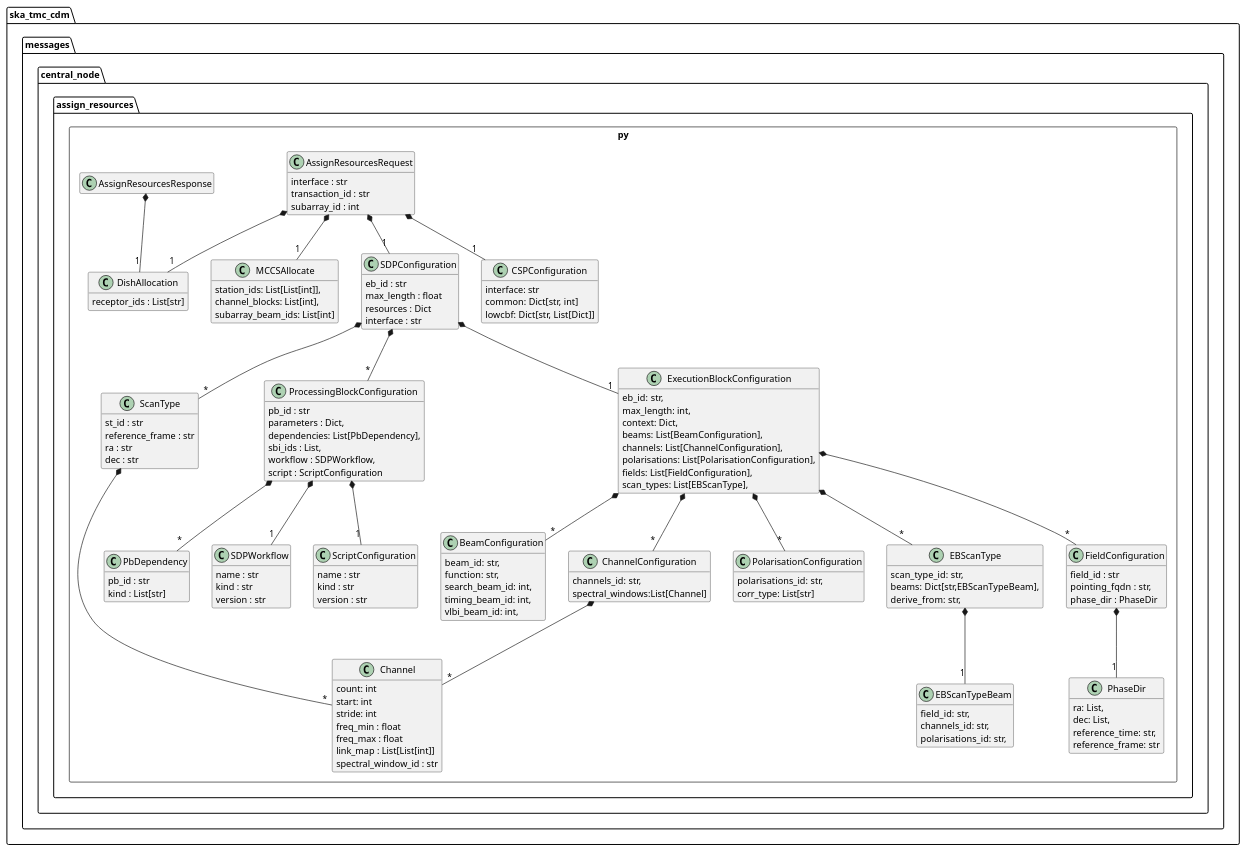
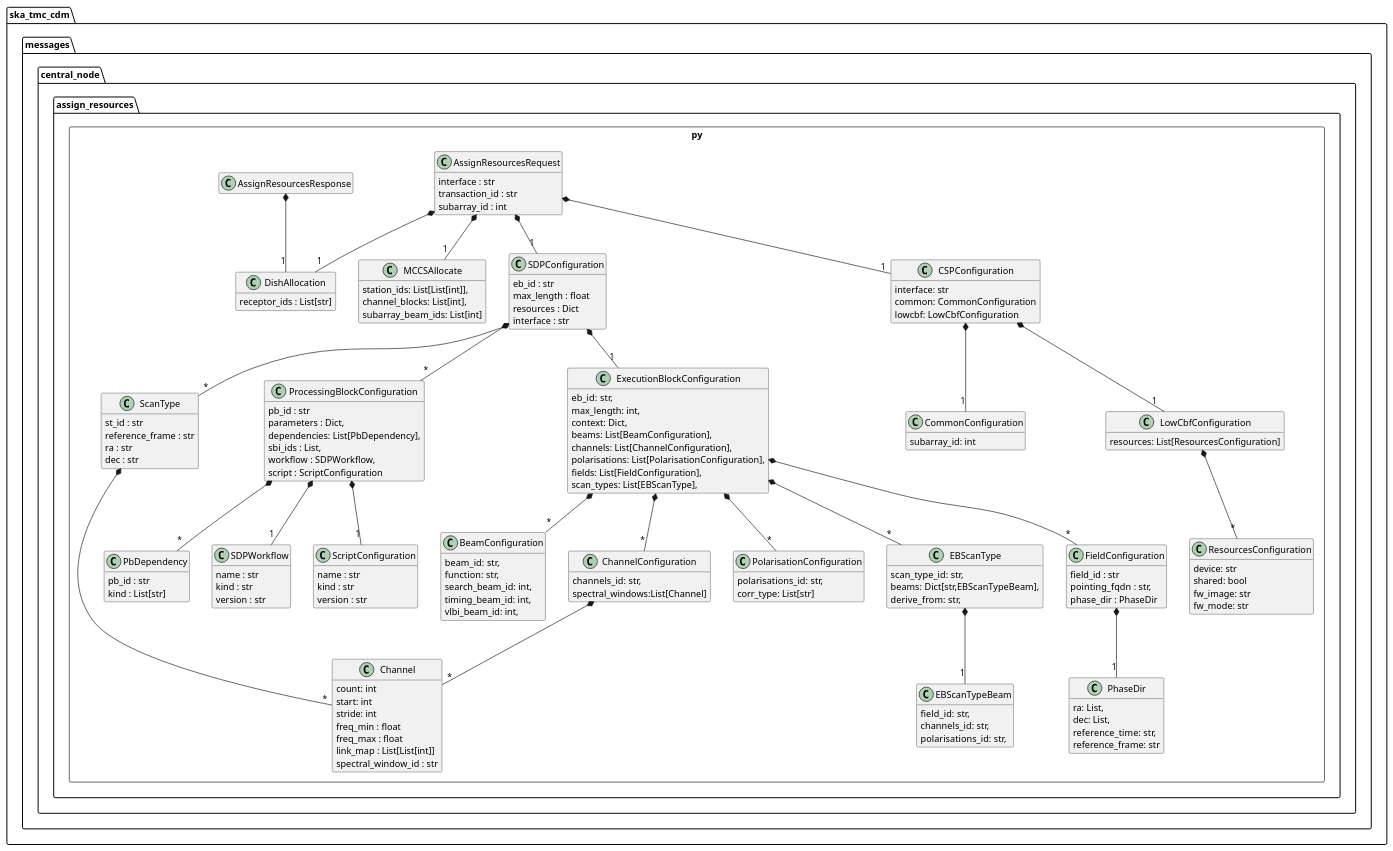
One commit to ska-telescope/cdm-shared-library changed the diagram in docs/src/developer/centralnode/assignresources.puml. Above: the diagram before and after it, drawn with PlantUML. The commit also changed 7 other files, not shown here.

Commit message:
NAK-288 created classes for lowcbf and common to use with CSPConfiguration

```diff
--- a/docs/src/developer/centralnode/assignresources.puml
+++ b/docs/src/developer/centralnode/assignresources.puml
@@ -1,156 +1,173 @@
 @startuml
 hide empty members
 
 package ska_tmc_cdm.messages.central_node {
     package assign_resources.py <<Rectangle>> {
         class DishAllocation {
             receptor_ids : List[str]
         }
 
         class MCCSAllocate {
             station_ids: List[List[int]],
             channel_blocks: List[int],
             subarray_beam_ids: List[int]
         }
 
         class Channel {
             count: int
             start: int
             stride: int
             freq_min : float
             freq_max : float
             link_map : List[List[int]]
             spectral_window_id : str
         }
 
         class ScanType {
             st_id : str
             reference_frame : str
             ra : str
             dec : str
         }
         ScanType *-- "*" Channel
 
         class PbDependency {
             pb_id : str
             kind : List[str]
         }
 
 
         class PhaseDir {
             ra: List,
             dec: List, 
             reference_time: str, 
             reference_frame: str
         }
         class BeamConfiguration {
             beam_id: str,
             function: str,
             search_beam_id: int,
             timing_beam_id: int,
             vlbi_beam_id: int,
         }
         class ChannelConfiguration {
             channels_id: str,
             spectral_windows:List[Channel] 
         }
         ChannelConfiguration  *-- "*" Channel
 
         class PolarisationConfiguration {
             polarisations_id: str,
             corr_type: List[str]  
         }
         class EBScanTypeBeam {
             field_id: str,
             channels_id: str,
             polarisations_id: str, 
         }
         class EBScanType {
             scan_type_id: str,
             beams: Dict[str,EBScanTypeBeam],
             derive_from: str, 
         }
         EBScanType  *-- "1" EBScanTypeBeam
 
         class FieldConfiguration {
             field_id : str
             pointing_fqdn : str,
             phase_dir : PhaseDir
         }
 
         FieldConfiguration  *-- "1" PhaseDir
 
         class SDPWorkflow {
             name : str
             kind : str
             version : str
         }
         
         class ScriptConfiguration {
             name : str
             kind : str
             version : str
         }
 
         class ProcessingBlockConfiguration {
             pb_id : str
             parameters : Dict,
             dependencies: List[PbDependency],
             sbi_ids : List,
             workflow : SDPWorkflow,
             script : ScriptConfiguration
         }
         ProcessingBlockConfiguration  *-- "1" SDPWorkflow
         ProcessingBlockConfiguration  *-- "*" PbDependency
         ProcessingBlockConfiguration  *-- "1" ScriptConfiguration
 
         class ExecutionBlockConfiguration {
             eb_id: str,
             max_length: int,
             context: Dict,
             beams: List[BeamConfiguration],
             channels: List[ChannelConfiguration],
             polarisations: List[PolarisationConfiguration],
             fields: List[FieldConfiguration],
             scan_types: List[EBScanType],
         }
 
         ExecutionBlockConfiguration  *-- "*" BeamConfiguration
         ExecutionBlockConfiguration  *-- "*" ChannelConfiguration
         ExecutionBlockConfiguration  *-- "*" PolarisationConfiguration
         ExecutionBlockConfiguration  *-- "*" FieldConfiguration
         ExecutionBlockConfiguration  *-- "*" EBScanType
 
 
         class SDPConfiguration {
             eb_id : str
             max_length : float
             resources : Dict
             interface : str
         }
         SDPConfiguration *-- "*" ScanType
         SDPConfiguration *-- "*" ProcessingBlockConfiguration
         SDPConfiguration *-- "1" ExecutionBlockConfiguration
 
         class CSPConfiguration {
             interface: str
-            common: Dict[str, int]
-            lowcbf: Dict[str, List[Dict]]
+            common: CommonConfiguration
+            lowcbf: LowCbfConfiguration
         }
+        
+        CSPConfiguration *-- "1" CommonConfiguration
+        CSPConfiguration *-- "1" LowCbfConfiguration
 
+        class CommonConfiguration {
+subarray_id: int
+}
+
+class LowCbfConfiguration {
+resources: List[ResourcesConfiguration]
+}
+LowCbfConfiguration *-- "*" ResourcesConfiguration 
+class ResourcesConfiguration {
+device: str
+shared: bool
+fw_image: str
+fw_mode: str
+}
         class AssignResourcesRequest {
             interface : str
             transaction_id : str
             subarray_id : int
         }
 
         AssignResourcesRequest *-- "1" DishAllocation
         AssignResourcesRequest *-- "1" MCCSAllocate
         AssignResourcesRequest *-- "1" SDPConfiguration
         AssignResourcesRequest *-- "1" CSPConfiguration
 
         class AssignResourcesResponse
         AssignResourcesResponse *-- "1" DishAllocation
 	}
 }
 @enduml
```
